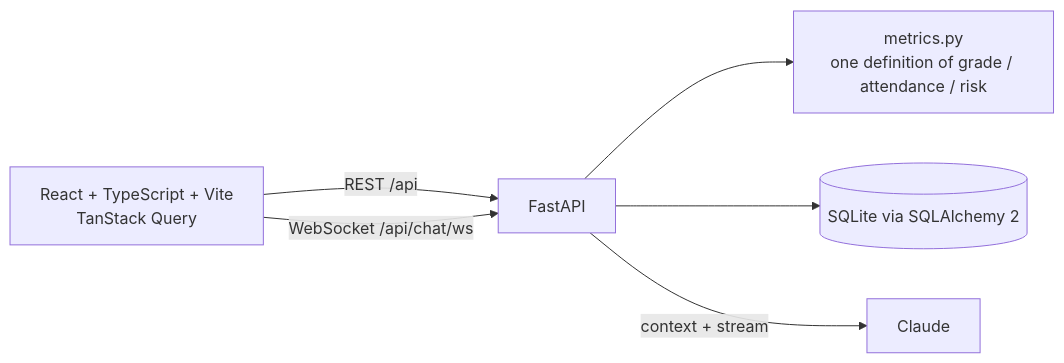
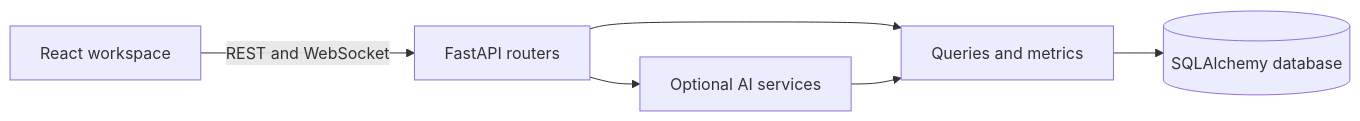
One commit to jckail/superteacher changed the diagram in README.md. Above: the diagram before and after it, drawn with Mermaid. The commit also changed other lines of this file and 2 other files, not shown here.

Commit message:
Document teacher workspace, architecture and auth boundaries

````diff
--- a/README.md
+++ b/README.md
@@ -18,8 +19,8 @@
 ```mermaid
 flowchart LR
-  UI[React + TypeScript + Vite<br/>TanStack Query] -- REST /api --> API[FastAPI]
-  UI -- WebSocket /api/chat/ws --> API
-  API --> M[metrics.py<br/>one definition of grade / attendance / risk]
-  API --> DB[(SQLite via SQLAlchemy 2)]
-  API -- context + stream --> C[Claude]
+  UI[React workspace] -->|REST and WebSocket| API[FastAPI routers]
+  API --> Data[Queries and metrics]
+  Data --> DB[(SQLAlchemy database)]
+  API --> AI[Optional AI services]
+  AI --> Data
 ```
````
